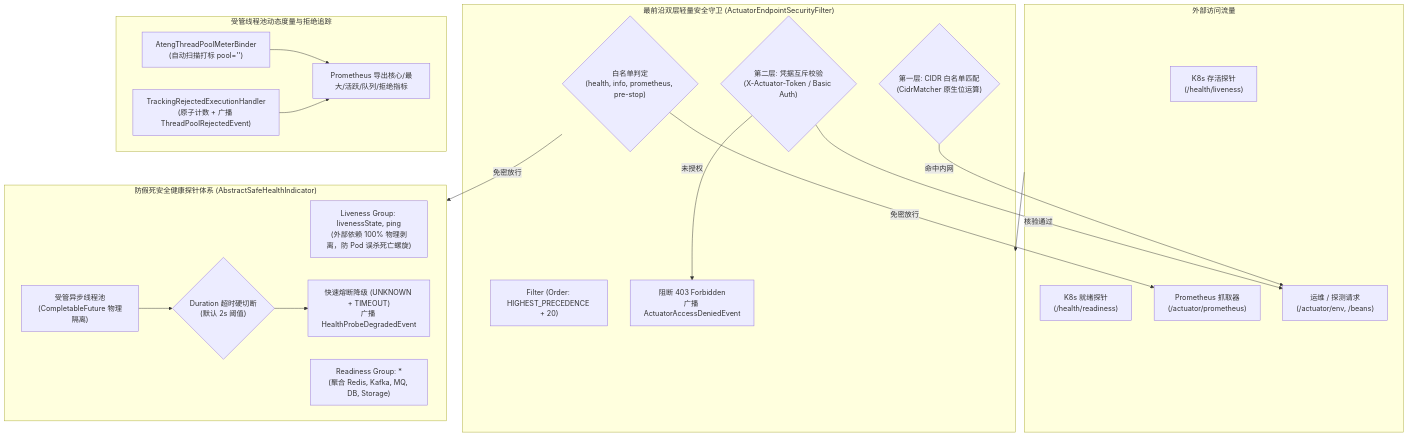
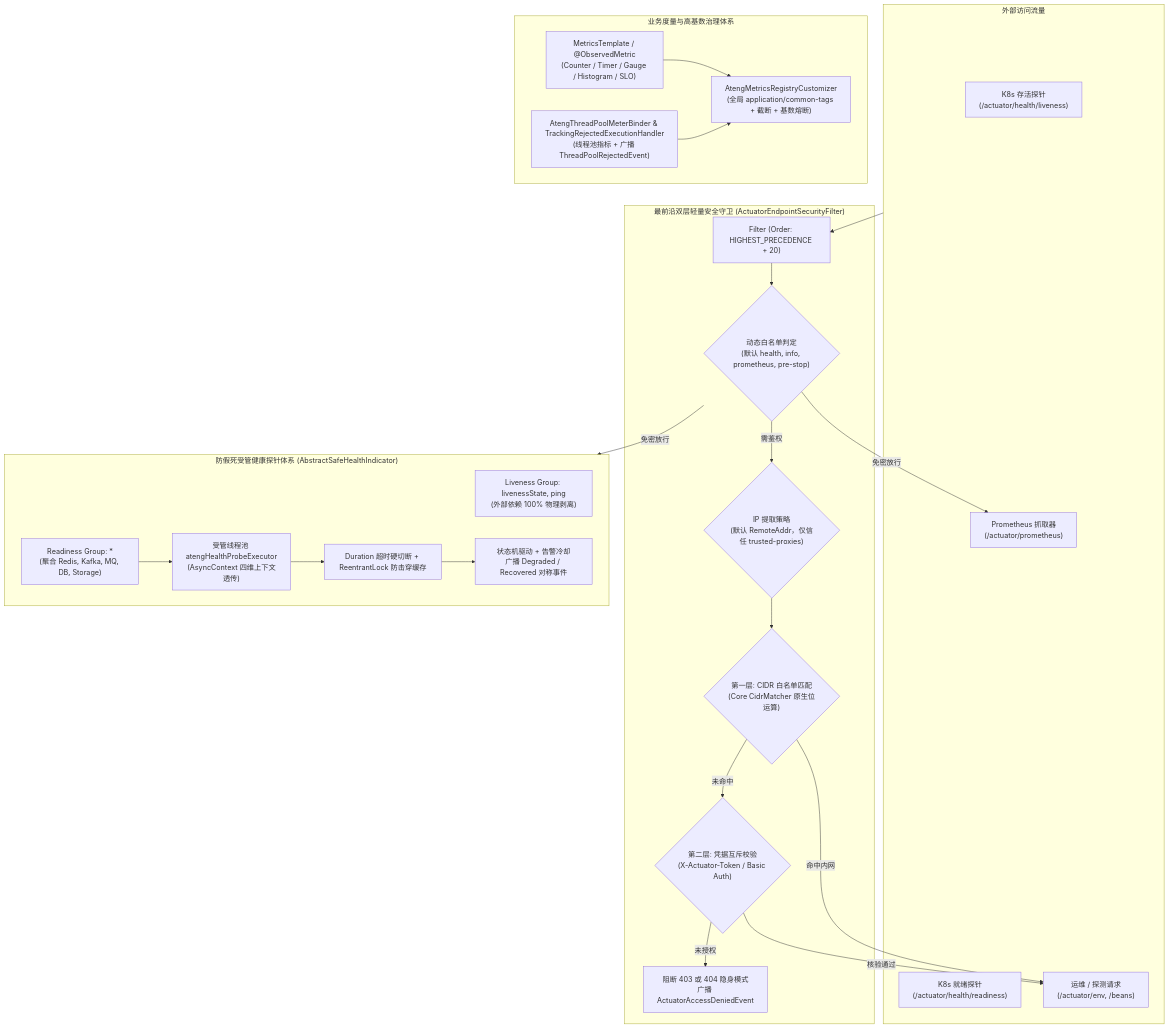
The diagram in ateng-boot-observability/README.md (atengk/ateng-boot), drawn with Mermaid before and after one commit. The commit also changed other lines of this file and 5 other files, not shown here.

````diff
--- a/ateng-boot-observability/README.md
+++ b/ateng-boot-observability/README.md
@@ -131,41 +168,45 @@
 ```mermaid
 flowchart TD
     subgraph ExternalTraffic["外部访问流量"]
-        K8sLiveness["K8s 存活探针<br>(/health/liveness)"]
-        K8sReadiness["K8s 就绪探针<br>(/health/readiness)"]
+        K8sLiveness["K8s 存活探针<br>(/actuator/health/liveness)"]
+        K8sReadiness["K8s 就绪探针<br>(/actuator/health/readiness)"]
         Scraper["Prometheus 抓取器<br>(/actuator/prometheus)"]
         AdminReq["运维 / 探测请求<br>(/actuator/env, /beans)"]
     end
 
     subgraph SecurityShield["最前沿双层轻量安全守卫 (ActuatorEndpointSecurityFilter)"]
         Filter["Filter (Order: HIGHEST_PRECEDENCE + 20)"]
-        WhiteList{"白名单判定<br>(health, info, prometheus, pre-stop)"}
-        CidrCheck{"第一层: CIDR 白名单匹配<br>(CidrMatcher 原生位运算)"}
+        WhiteList{"动态白名单判定<br>(默认 health, info, prometheus, pre-stop)"}
+        ProxyCheck{"IP 提取策略<br>(默认 RemoteAddr，仅信任 trusted-proxies)"}
+        CidrCheck{"第一层: CIDR 白名单匹配<br>(Core CidrMatcher 原生位运算)"}
         CredCheck{"第二层: 凭据互斥校验<br>(X-Actuator-Token / Basic Auth)"}
-        Block403["阻断 403 Forbidden<br>广播 ActuatorAccessDeniedEvent"]
+        BlockResp["阻断 403 或 404 隐身模式<br>广播 ActuatorAccessDeniedEvent"]
     end
 
-    subgraph HealthCore["防假死安全健康探针体系 (AbstractSafeHealthIndicator)"]
-        LivenessGroup["Liveness Group: livenessState, ping<br>(外部依赖 100% 物理剥离，防 Pod 误杀死亡螺旋)"]
+    subgraph HealthCore["防假死受管健康探针体系 (AbstractSafeHealthIndicator)"]
+        LivenessGroup["Liveness Group: livenessState, ping<br>(外部依赖 100% 物理剥离)"]
         ReadinessGroup["Readiness Group: *<br>(聚合 Redis, Kafka, MQ, DB, Storage)"]
-        SafeExecutor["受管异步线程池<br>(CompletableFuture 物理隔离)"]
-        TimeoutGuard{"Duration 超时硬切断<br>(默认 2s 阈值)"}
-        Fallback["快速熔断降级 (UNKNOWN + TIMEOUT)<br>广播 HealthProbeDegradedEvent"]
+        SafeExecutor["受管线程池 atengHealthProbeExecutor<br>(AsyncContext 四维上下文透传)"]
+        TimeoutCache["Duration 超时硬切断 + ReentrantLock 防击穿缓存"]
+        StateMachine["状态机驱动 + 告警冷却<br>广播 Degraded / Recovered 对称事件"]
     end
 
-    subgraph MetricsEngine["受管线程池动态度量与拒绝追踪"]
-        Binder["AtengThreadPoolMeterBinder<br>(自动扫描打标 pool='<beanName>')"]
-        Handler["TrackingRejectedExecutionHandler<br>(原子计数 + 广播 ThreadPoolRejectedEvent)"]
-        PromExport["Prometheus 导出核心/最大/活跃/队列/拒绝指标"]
+    subgraph MetricsEngine["业务度量与高基数治理体系"]
+        Customizer["AtengMetricsRegistryCustomizer<br>(全局 application/common-tags + 截断 + 基数熔断)"]
+        Facade["MetricsTemplate / @ObservedMetric<br>(Counter / Timer / Gauge / Histogram / SLO)"]
+        PoolBinder["AtengThreadPoolMeterBinder & TrackingRejectedExecutionHandler<br>(线程池指标 + 广播 ThreadPoolRejectedEvent)"]
     end
 
-    ExternalTraffic --> SecurityShield
+    ExternalTraffic --> Filter
+    Filter --> WhiteList
     WhiteList -->|免密放行| HealthCore
     WhiteList -->|免密放行| Scraper
+    WhiteList -->|需鉴权| ProxyCheck --> CidrCheck
     CidrCheck -->|命中内网| AdminReq
+    CidrCheck -->|未命中| CredCheck
     CredCheck -->|核验通过| AdminReq
-    CredCheck -->|未授权| Block403
-    SafeExecutor --> TimeoutGuard --> Fallback
-    Binder --> PromExport
-    Handler --> PromExport
+    CredCheck -->|未授权| BlockResp
+    ReadinessGroup --> SafeExecutor --> TimeoutCache --> StateMachine
+    Facade --> Customizer
+    PoolBinder --> Customizer
 ```
````
